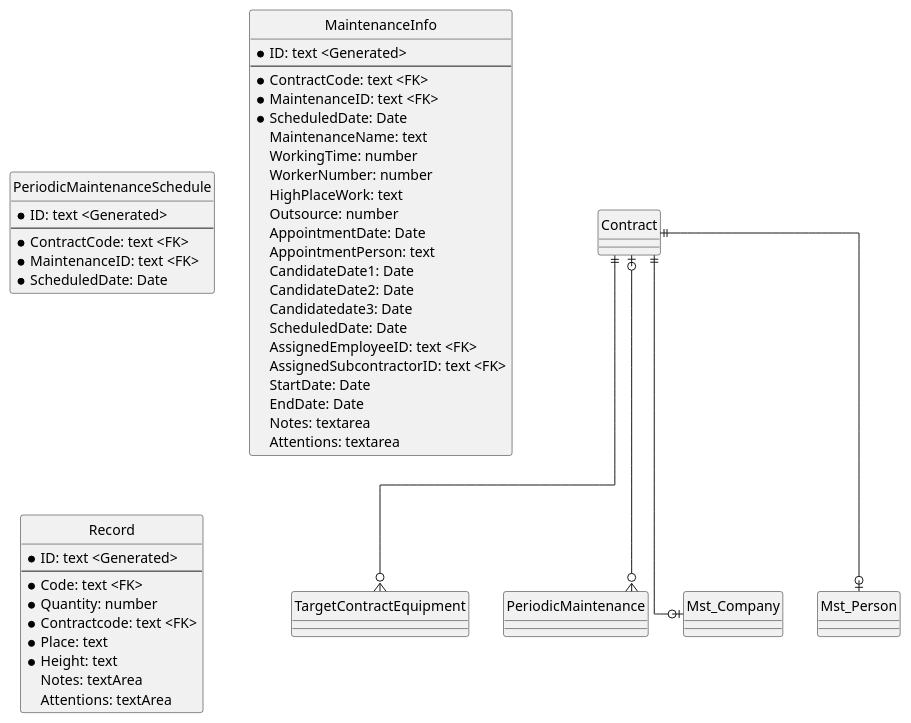
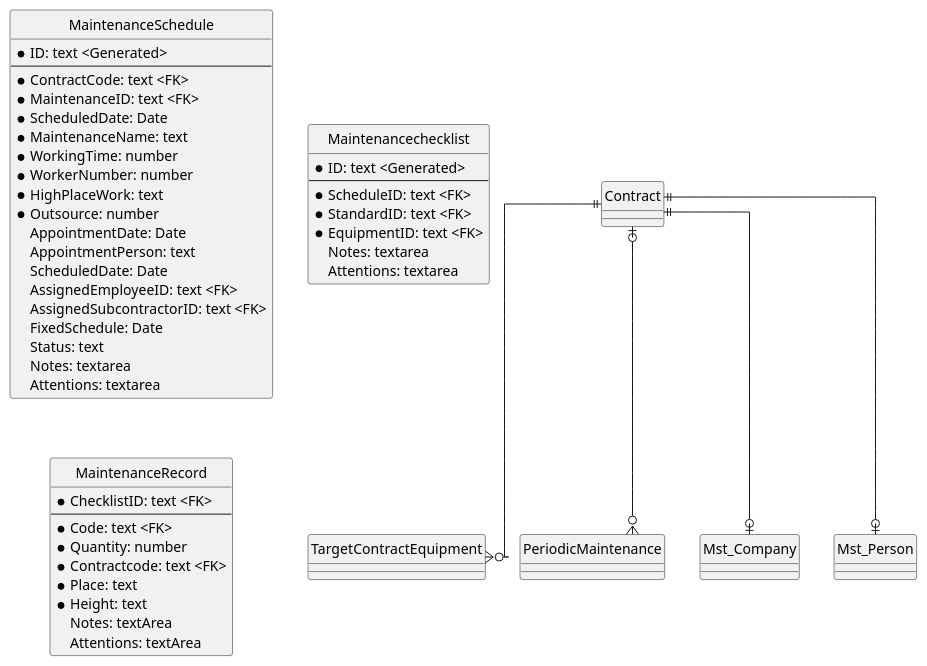
One commit to himiz6912/mms changed the diagram in er_periodic_mainte.pu. Above: the diagram before and after it, drawn with PlantUML.

```diff
--- a/er_periodic_mainte.pu
+++ b/er_periodic_mainte.pu
@@ -1,52 +1,53 @@
 @startuml
 hide circle
 skinparam linetype ortho
 
-entity PeriodicMaintenanceSchedule {
+entity MaintenanceSchedule {
     * ID: text <Generated>
     --
     * ContractCode: text <FK>
     * MaintenanceID: text <FK>
     * ScheduledDate: Date
-}
-entity MaintenanceInfo {
-    * ID: text <Generated>
-    --
-    * ContractCode: text <FK>
-    * MaintenanceID: text <FK>
-    * ScheduledDate: Date
-    MaintenanceName: text
-    WorkingTime: number
-    WorkerNumber: number
-    HighPlaceWork: text
-    Outsource: number
+    * MaintenanceName: text
+    * WorkingTime: number
+    * WorkerNumber: number
+    * HighPlaceWork: text
+    * Outsource: number
     AppointmentDate: Date
     AppointmentPerson: text
-    CandidateDate1: Date
-    CandidateDate2: Date
-    Candidatedate3: Date
     ScheduledDate: Date
     AssignedEmployeeID: text <FK>
     AssignedSubcontractorID: text <FK>
-    StartDate: Date
-    EndDate: Date
+    FixedSchedule: Date
+    Status: text
     Notes: textarea
     Attentions: textarea
 }
-entity Record {
+' Status: Appointment/ assignment/ ScheduleFixed/ Pending/ Complete/ RemainingWork
+entity Maintenancechecklist {
     * ID: text <Generated>
+    --
+    * ScheduleID: text <FK> 
+    * StandardID: text <FK>
+    * EquipmentID: text <FK>
+    Notes: textarea
+    Attentions: textarea
+}
+entity MaintenanceRecord {
+    * ChecklistID: text <FK>
     --
     * Code: text <FK>
     * Quantity: number
     * Contractcode: text <FK>
     * Place: text
     * Height: text
     Notes: textArea
     Attentions: textArea
 }
 
+
 Contract ||--o{ TargetContractEquipment
 Contract |o--o{ PeriodicMaintenance
 Contract ||--o| Mst_Company
 Contract ||--o| Mst_Person
 @enduml
```
